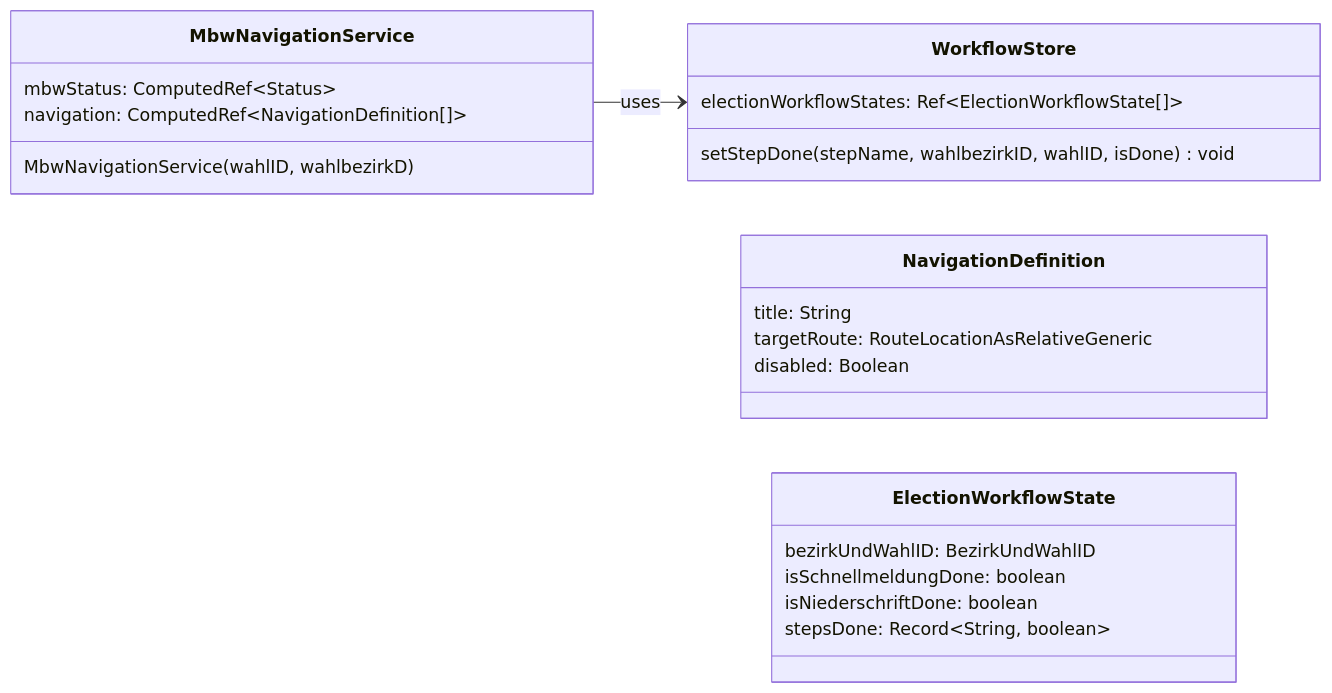
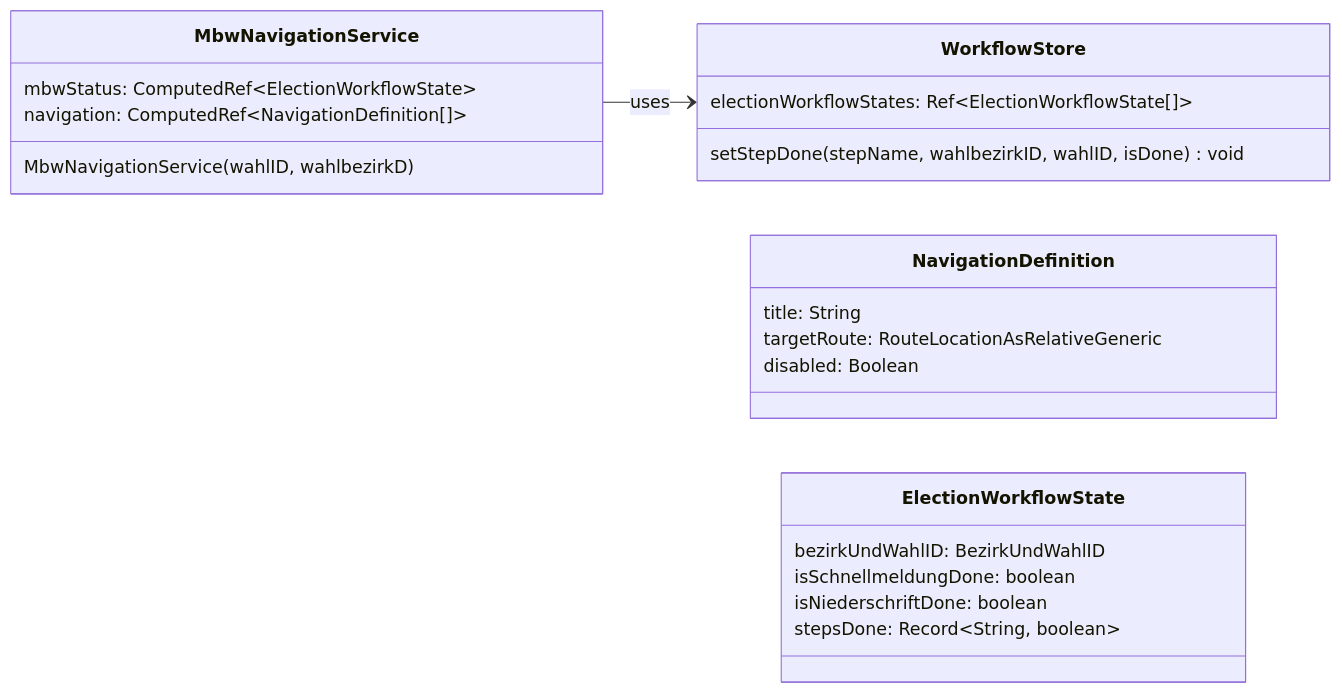
The second of 2 diagrams in docs/src/technik/systemspecification/frontend/navigation-and-workflow.md (it-at-m/Wahllokalsystem), drawn with Mermaid before and after one commit.

Commit message:
use correct type parameter

````diff
--- a/docs/src/technik/systemspecification/frontend/navigation-and-workflow.md
+++ b/docs/src/technik/systemspecification/frontend/navigation-and-workflow.md
@@ -56,30 +56,30 @@
 ```mermaid
 classDiagram
         direction RL
 
         class WorkflowStore {
             electionWorkflowStates: Ref&lt;ElectionWorkflowState[]&gt;
             setStepDone(stepName, wahlbezirkID, wahlID, isDone) void
         }
 
         class MbwNavigationService {
-            mbwStatus: ComputedRef&lt;Status&gt;
+            mbwStatus: ComputedRef&lt;ElectionWorkflowState&gt;
             navigation: ComputedRef&lt;NavigationDefinition[]&gt;
             MbwNavigationService(wahlID, wahlbezirkD)
         }
 
     WorkflowStore <-- MbwNavigationService : uses
 
         class NavigationDefinition {
             title: String
             targetRoute: RouteLocationAsRelativeGeneric
             disabled: Boolean
         }
 
         class ElectionWorkflowState {
             bezirkUndWahlID: BezirkUndWahlID
             isSchnellmeldungDone: boolean
             isNiederschriftDone: boolean
             stepsDone: Record&lt;String, boolean&gt;
         }
 ```
````
